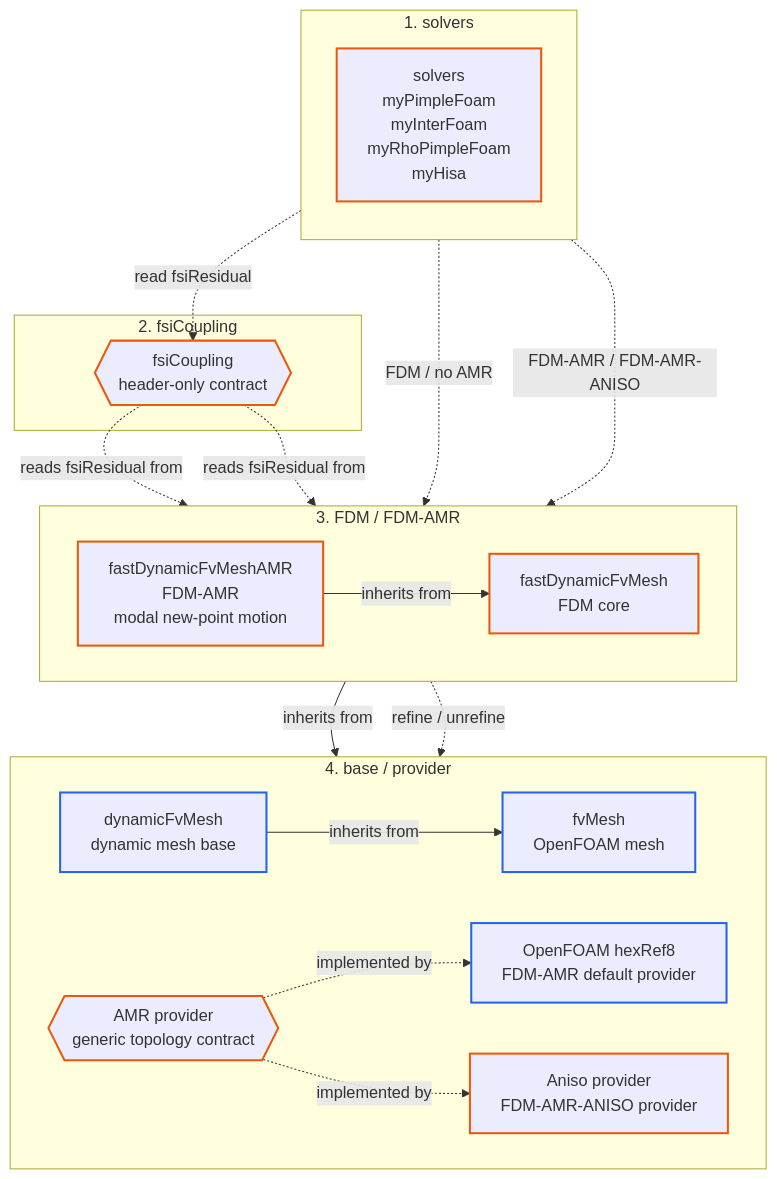
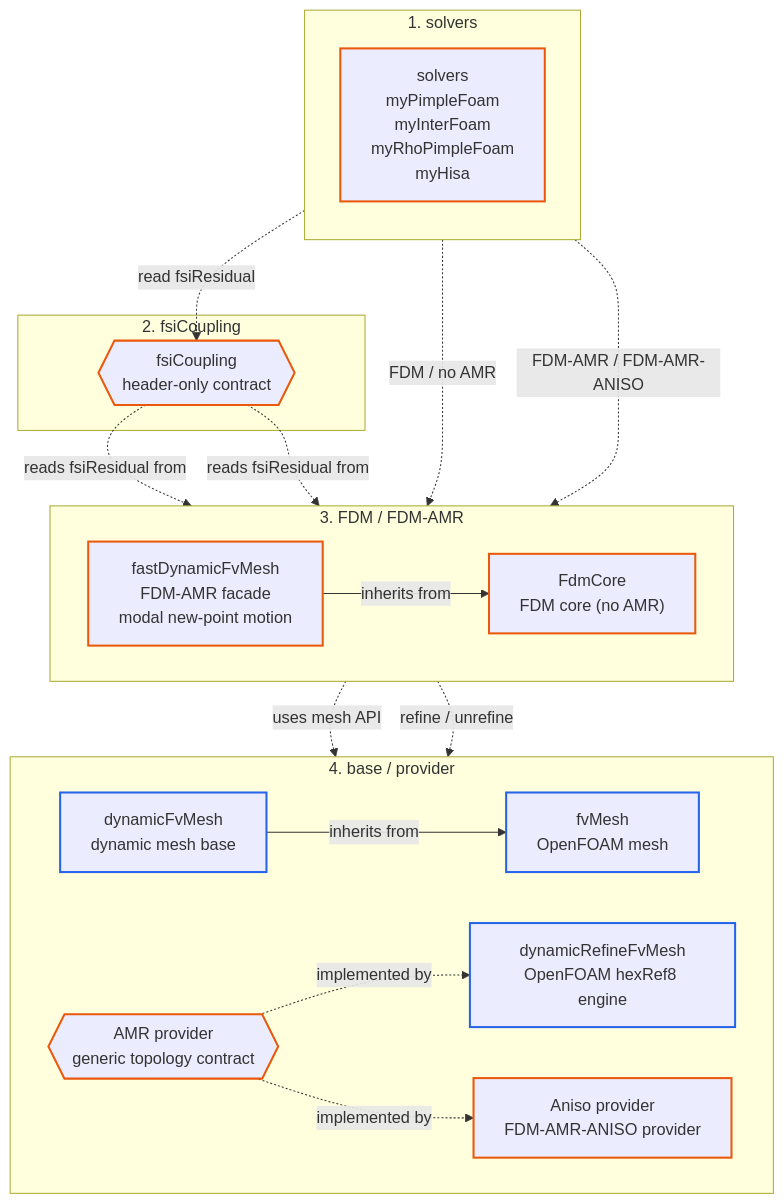
One commit to specialxuan/OpenFOAM_src changed the diagram in README.md. Above: the diagram before and after it, drawn with Mermaid. The commit also changed other lines of this file and 5 other files, not shown here.

Commit message:
v8.0.7 document FdmCore/facade split and two-library build

````diff
--- a/README.md
+++ b/README.md
@@ -34,46 +34,46 @@
 ```mermaid
 flowchart TB
     subgraph L1[1. solvers]
         direction TB
         solvers["solvers<br/>myPimpleFoam<br/>myInterFoam<br/>myRhoPimpleFoam<br/>myHisa"]
     end
 
     subgraph L2[2. fsiCoupling]
         fsiCoupling{{"fsiCoupling<br/>header-only contract"}}
     end
 
     subgraph L3[3. FDM / FDM-AMR]
         direction LR
-        fdmAmr["fastDynamicFvMeshAMR<br/>FDM-AMR<br/>modal new-point motion"]
-        fdm["fastDynamicFvMesh<br/>FDM core"]
+        fdmAmr["fastDynamicFvMesh<br/>FDM-AMR facade<br/>modal new-point motion"]
+        fdm["FdmCore<br/>FDM core (no AMR)"]
         fdmAmr -->|"inherits from"| fdm
     end
 
     subgraph L4[4. base / provider]
         direction LR
         dynamicFvMesh["dynamicFvMesh<br/>dynamic mesh base"]
         fvMesh["fvMesh<br/>OpenFOAM mesh"]
         amrProvider{{"AMR provider<br/>generic topology contract"}}
-        hexRef8["OpenFOAM hexRef8<br/>FDM-AMR default provider"]
+        hexRef8["dynamicRefineFvMesh<br/>OpenFOAM hexRef8 engine"]
         aniso["Aniso provider<br/>FDM-AMR-ANISO provider"]
 
         dynamicFvMesh -->|"inherits from"| fvMesh
         amrProvider -.->|"implemented by"| hexRef8
         amrProvider -.->|"implemented by"| aniso
     end
 
     solvers -.->|"read fsiResidual"| fsiCoupling
     solvers -.->|"FDM / no AMR"| fdm
     solvers -.->|"FDM-AMR / FDM-AMR-ANISO"| fdmAmr
     fsiCoupling -.->|"reads fsiResidual from"| fdm
     fsiCoupling -.->|"reads fsiResidual from"| fdmAmr
 
-    fdm -->|"inherits from"| dynamicFvMesh
+    fdm -.->|"uses mesh API"| dynamicFvMesh
     fdmAmr -.->|"refine / unrefine"| amrProvider
 
     classDef clsOpenFoam stroke:#2563eb,stroke-width:2px;
     classDef clsMine stroke:#ea580c,stroke-width:2px;
 
     class fvMesh,dynamicFvMesh,hexRef8 clsOpenFoam;
     class fdm,fdmAmr,fsiCoupling,amrProvider,aniso,solvers clsMine;
 ```
````
